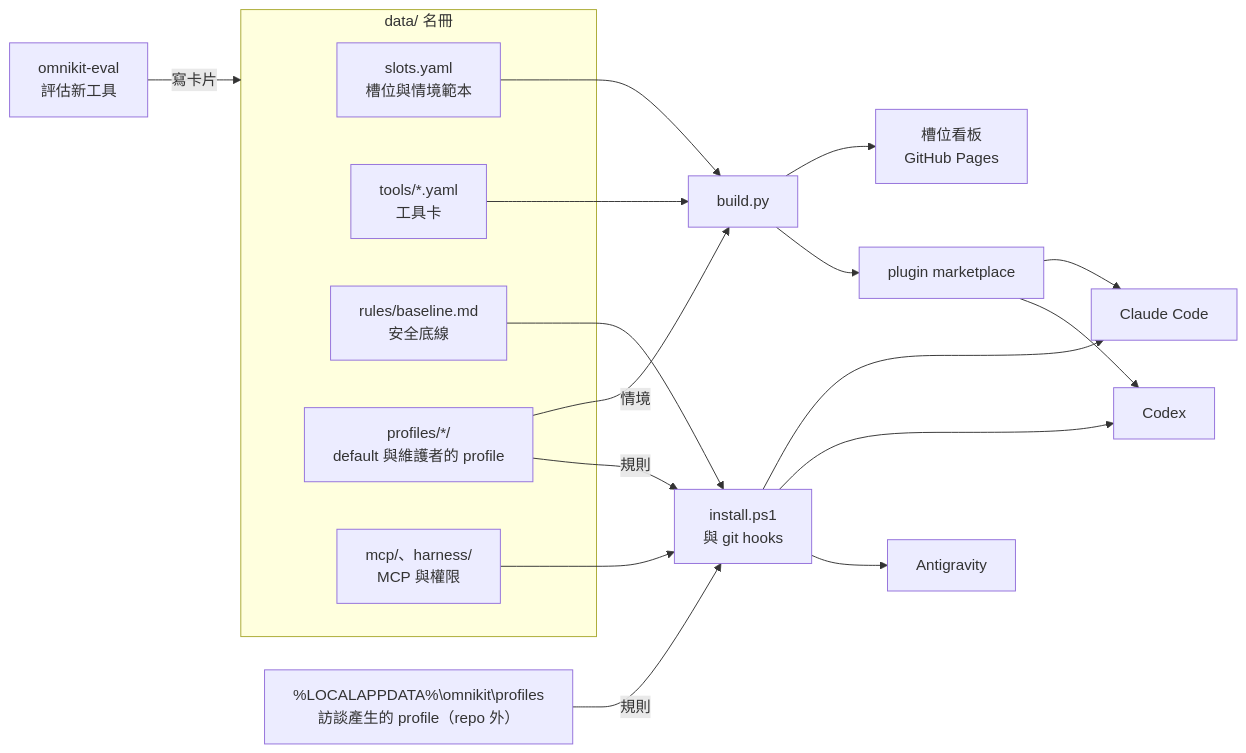
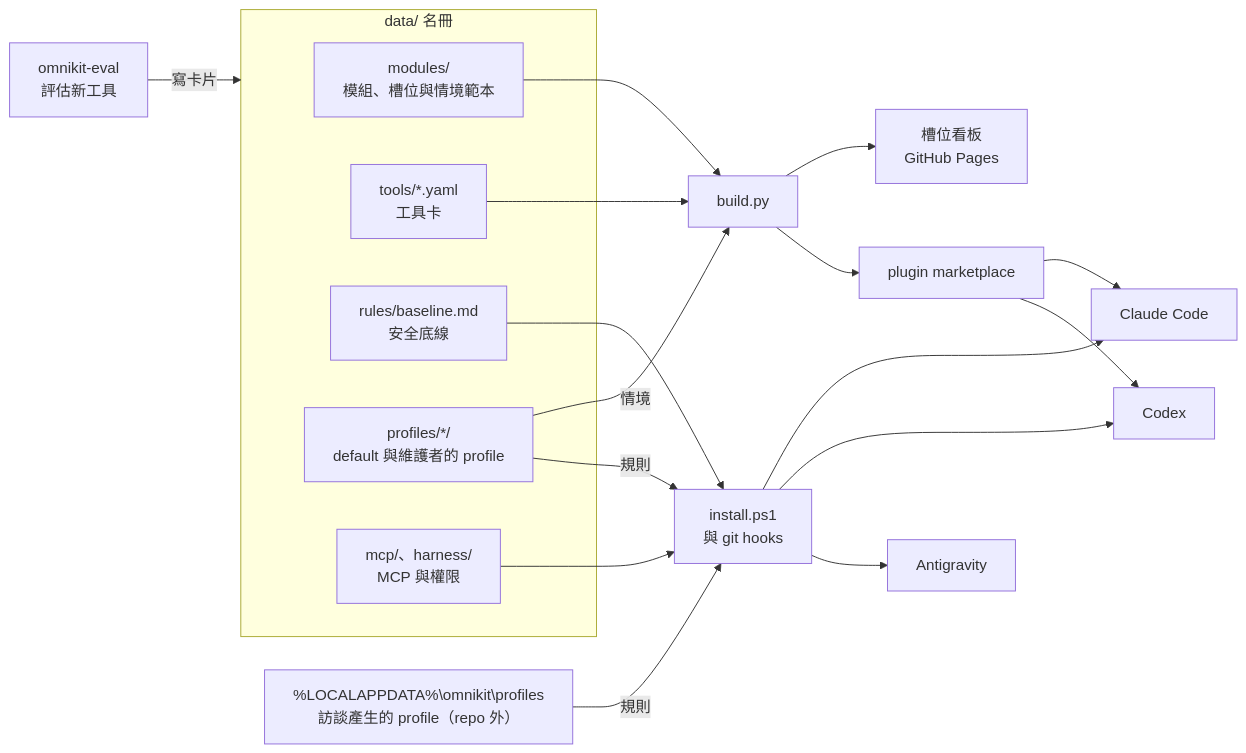
The diagram in README.md (b40609/OmniKit), drawn with Mermaid before and after one commit. The commit also changed other lines of this file and 28 other files, not shown here.

````diff
--- a/README.md
+++ b/README.md
@@ -192,26 +194,26 @@
 ```mermaid
 flowchart LR
   E["omnikit-eval<br/>評估新工具"] -->|寫卡片| D
   subgraph D["data/ 名冊"]
-    S["slots.yaml<br/>槽位與情境範本"]
+    S["modules/<br/>模組、槽位與情境範本"]
     T["tools/*.yaml<br/>工具卡"]
     R["rules/baseline.md<br/>安全底線"]
     F["profiles/*/<br/>default 與維護者的 profile"]
     M["mcp/、harness/<br/>MCP 與權限"]
   end
   L["%LOCALAPPDATA%\omnikit\profiles<br/>訪談產生的 profile（repo 外）"]
   S --> B["build.py"]
   T --> B
   F -->|情境| B
   B --> P["槽位看板<br/>GitHub Pages"]
   B --> K["plugin marketplace"]
   R --> I["install.ps1<br/>與 git hooks"]
   F -->|規則| I
   L -->|規則| I
   M --> I
   I --> C["Claude Code"]
   I --> X["Codex"]
   I --> G["Antigravity"]
   K --> C
   K --> X
 ```
````
